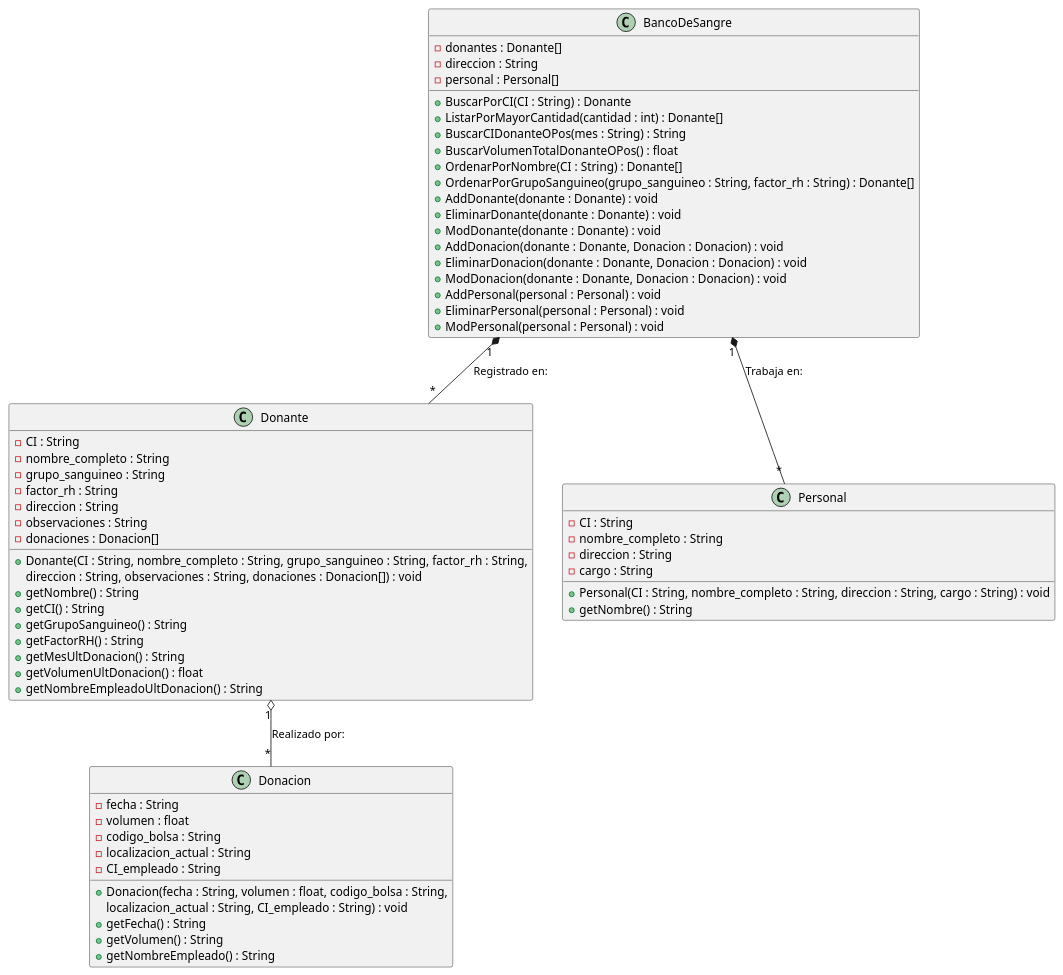
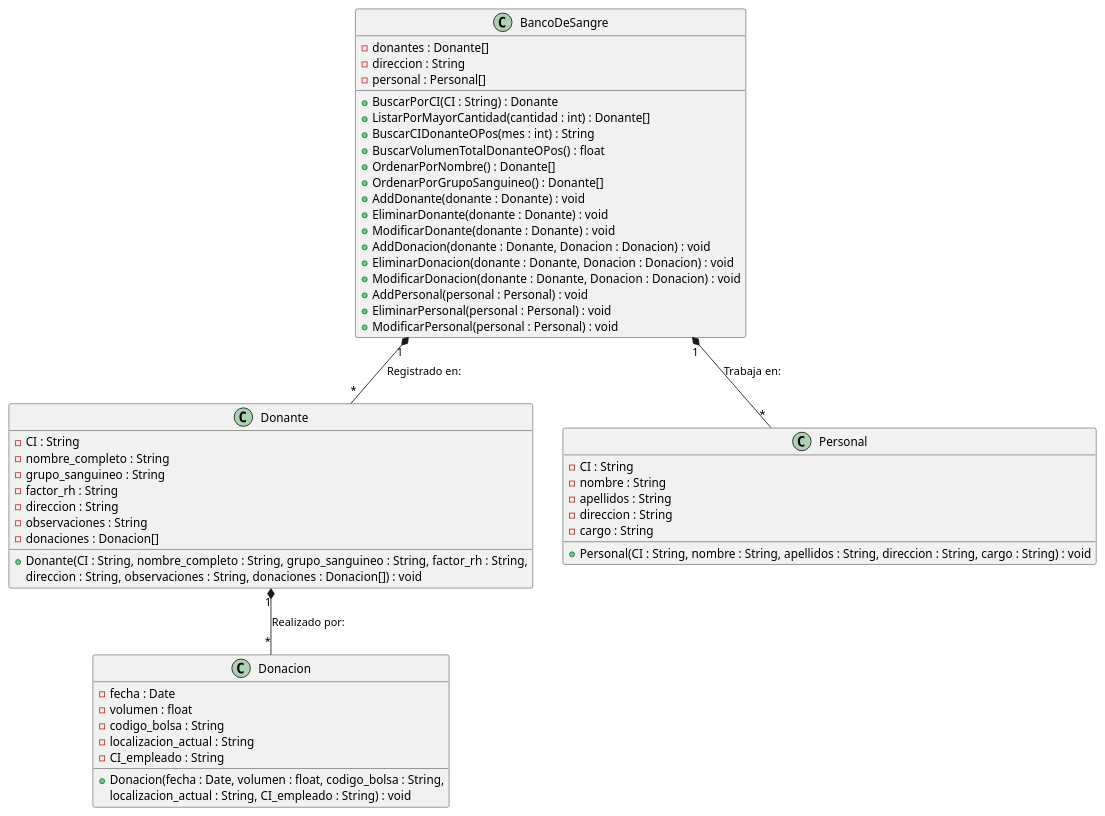
One commit to Jasn2002/UML changed the diagram in BancoDeSangre.wsd. Above: the diagram before and after it, drawn with PlantUML. The commit also changed 1 other file, not shown here.

```diff
--- a/BancoDeSangre.wsd
+++ b/BancoDeSangre.wsd
@@ -1,70 +1,60 @@
 @startuml BancoDeSangre
 class BancoDeSangre {
     - donantes : Donante[]
     - direccion : String
     - personal : Personal[]
     + BuscarPorCI(CI : String) : Donante
     + ListarPorMayorCantidad(cantidad : int) : Donante[]
-    + BuscarCIDonanteOPos(mes : String) : String
+    + BuscarCIDonanteOPos(mes : int) : String
     + BuscarVolumenTotalDonanteOPos() : float
-    + OrdenarPorNombre(CI : String) : Donante[]
-    + OrdenarPorGrupoSanguineo(grupo_sanguineo : String, factor_rh : String) : Donante[]
+    + OrdenarPorNombre() : Donante[]
+    + OrdenarPorGrupoSanguineo() : Donante[]
     + AddDonante(donante : Donante) : void
     + EliminarDonante(donante : Donante) : void
-    + ModDonante(donante : Donante) : void
+    + ModificarDonante(donante : Donante) : void
     + AddDonacion(donante : Donante, Donacion : Donacion) : void
     + EliminarDonacion(donante : Donante, Donacion : Donacion) : void
-    + ModDonacion(donante : Donante, Donacion : Donacion) : void
+    + ModificarDonacion(donante : Donante, Donacion : Donacion) : void
     + AddPersonal(personal : Personal) : void
     + EliminarPersonal(personal : Personal) : void
-    + ModPersonal(personal : Personal) : void
+    + ModificarPersonal(personal : Personal) : void
 }
 
 class Donante{
     - CI : String
     - nombre_completo : String
     - grupo_sanguineo : String
     - factor_rh : String
     - direccion : String
     - observaciones : String
     - donaciones : Donacion[]
 
     + Donante(CI : String, nombre_completo : String, grupo_sanguineo : String, factor_rh : String,
      direccion : String, observaciones : String, donaciones : Donacion[]) : void
-    + getNombre() : String
-    +getCI() : String
-    + getGrupoSanguineo() : String
-    + getFactorRH() : String
-    + getMesUltDonacion() : String
-    + getVolumenUltDonacion() : float
-    +getNombreEmpleadoUltDonacion() : String
 }
 
 class Personal{
     - CI : String
-    - nombre_completo : String
+    - nombre : String
+    - apellidos : String
     - direccion : String
     - cargo : String
 
-    + Personal(CI : String, nombre_completo : String, direccion : String, cargo : String) : void
-    +getNombre() : String
+    + Personal(CI : String, nombre : String, apellidos : String, direccion : String, cargo : String) : void
 }
 
 class Donacion{
-    - fecha : String
+    - fecha : Date
     - volumen : float
     - codigo_bolsa : String
     - localizacion_actual : String
     - CI_empleado : String
 
-    + Donacion(fecha : String, volumen : float, codigo_bolsa : String,
+    + Donacion(fecha : Date, volumen : float, codigo_bolsa : String,
      localizacion_actual : String, CI_empleado : String) : void
-    +getFecha() : String
-    +getVolumen() : String
-    +getNombreEmpleado() : String
 }
 
 BancoDeSangre "1" *-- "*" Donante : Registrado en:
-Donante "1" o-- "*" Donacion : Realizado por:
+Donante "1" *-- "*" Donacion : Realizado por:
 BancoDeSangre "1" *--  "*" Personal : Trabaja en:
 @enduml
```
